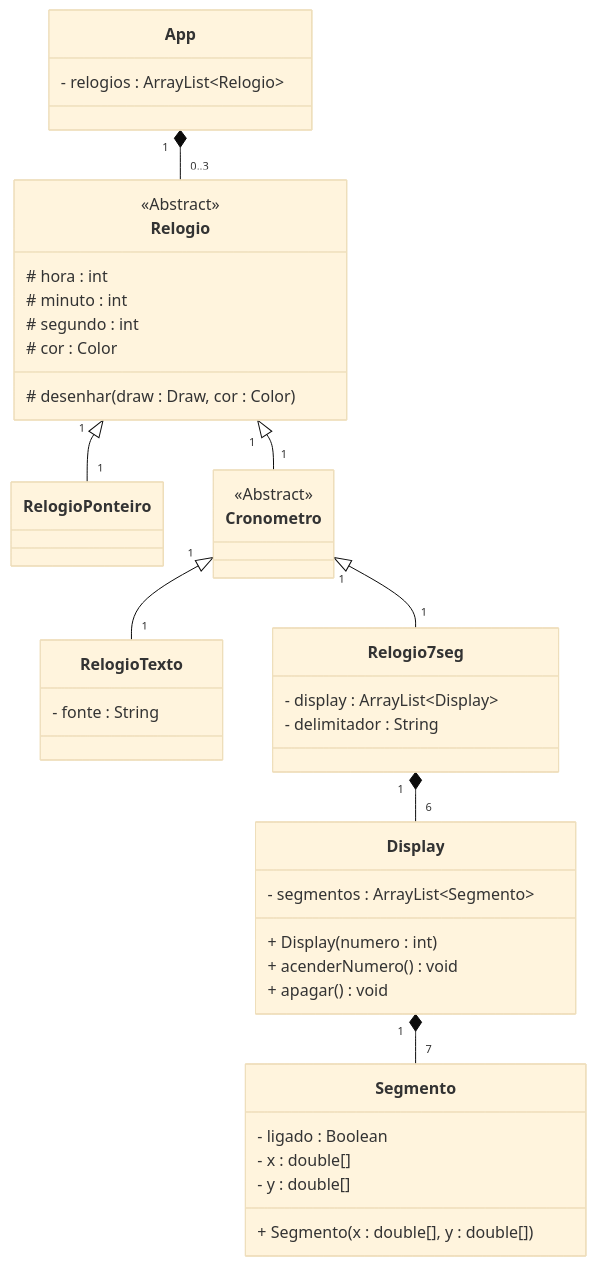
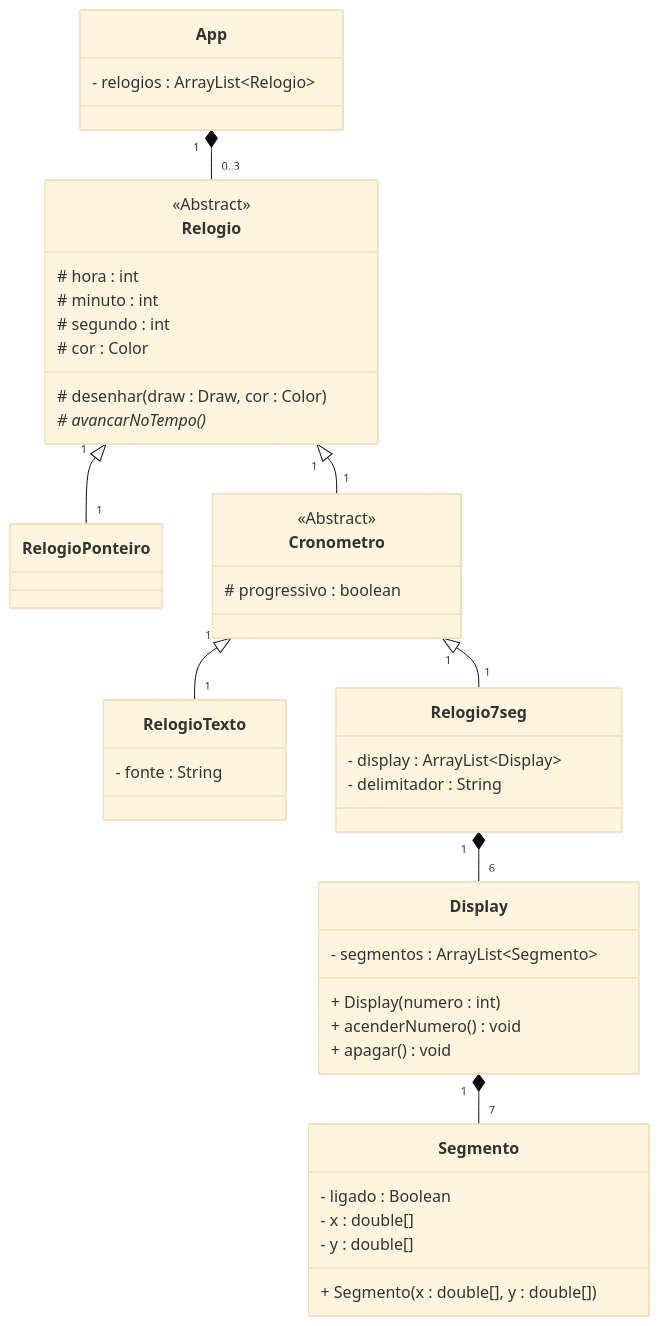
Before and after one commit to yanvpp/POO: the diagram in lab_07/Readme.md, drawn with Mermaid (base theme).

Commit message:
atualizando diagrama UML

````diff
--- a/lab_07/Readme.md
+++ b/lab_07/Readme.md
@@ -3,57 +3,60 @@
 ```mermaid
 classDiagram
 
     App"1" *-- "0..3"Relogio
     Relogio"1" <|-- "1"RelogioPonteiro
     Relogio"1" <|-- "1"Cronometro
     Cronometro"1" <|-- "1"RelogioTexto
     Relogio7seg"1" *-- "6"Display
     Display"1" *-- "7"Segmento
     Cronometro"1" <|-- "1"Relogio7seg
 
     class App {
         - relogios : ArrayList~Relogio~
     }
 
     class Relogio {
         <<Abstract>>
         # hora : int
         # minuto : int
         # segundo : int
         # cor : Color
         # desenhar(draw : Draw, cor : Color)
+        # avancarNoTempo()*
 
     }
 
     class Display {
         - segmentos : ArrayList~Segmento~
         + Display(numero : int)
         + acenderNumero() void
         + apagar() void
     }
 
     class Segmento {
         - ligado : Boolean
         - x : double[]
         - y : double[]
         + Segmento(x : double[], y : double[])
     }
 
     class Relogio7seg {
         - display : ArrayList~Display~
         - delimitador : String
     }
 
     class Cronometro {
         <<Abstract>>
+
+        # progressivo : boolean
     }
 
     class RelogioTexto {
         - fonte : String
     }
 
     class RelogioPonteiro {
 
     }
 
 ```
````
